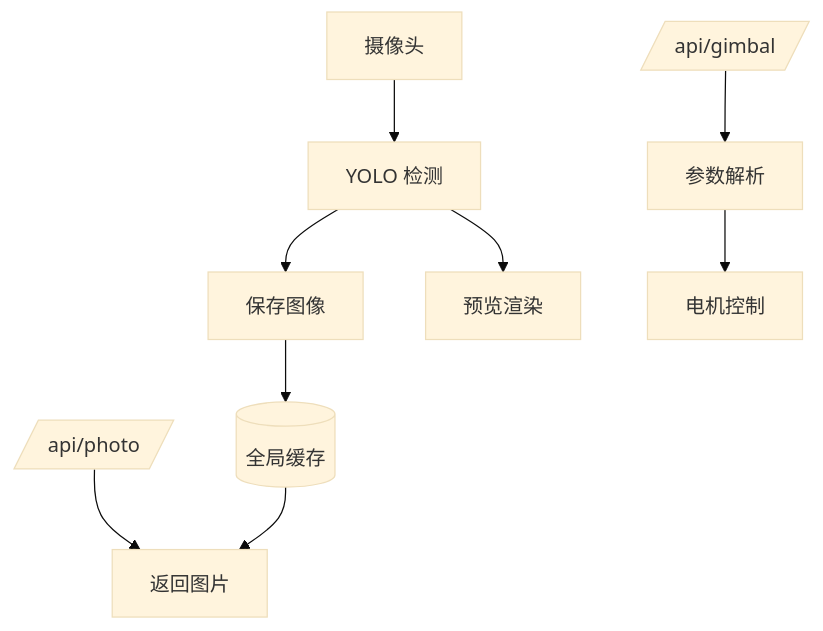
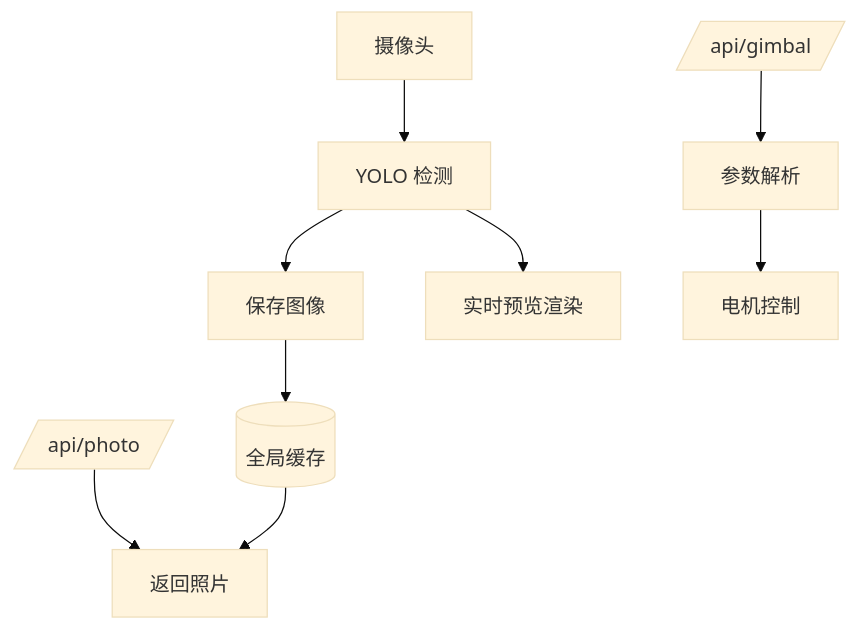
The diagram in README_zh.md (Seeed-Projects/reCamera_Gimbal-OpenClaw), drawn with Mermaid (base theme) before and after one commit. The commit also changed other lines of this file, not shown here.

````diff
--- a/README_zh.md
+++ b/README_zh.md
@@ -134,14 +156,14 @@
 ```mermaid
 graph TD
     Camera[摄像头] --> Model[YOLO 检测]
     Model --> SaveImage[保存图像]
-    Model --> Preview[预览渲染]
+    Model --> Preview[实时预览渲染]
 
     HTTP_Gimbal[/api/gimbal/] --> Parser[参数解析]
     Parser --> Motor[电机控制]
 
-    HTTP_Photo[/api/photo/] --> ServePhoto[返回图片]
+    HTTP_Photo[/api/photo/] --> ServePhoto[返回照片]
 
     SaveImage --> Global[(全局缓存)]
     Global --> ServePhoto
 ```
````
